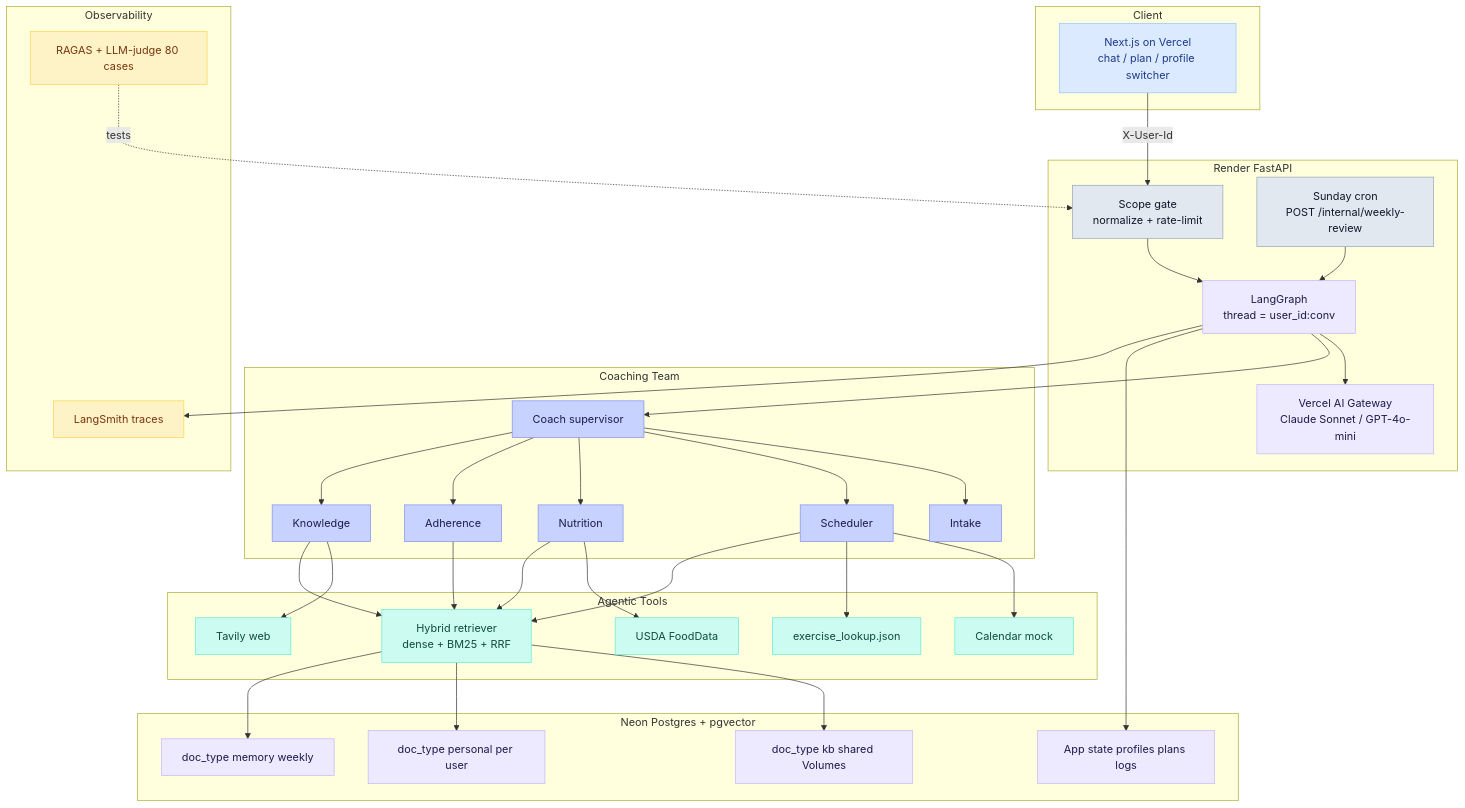
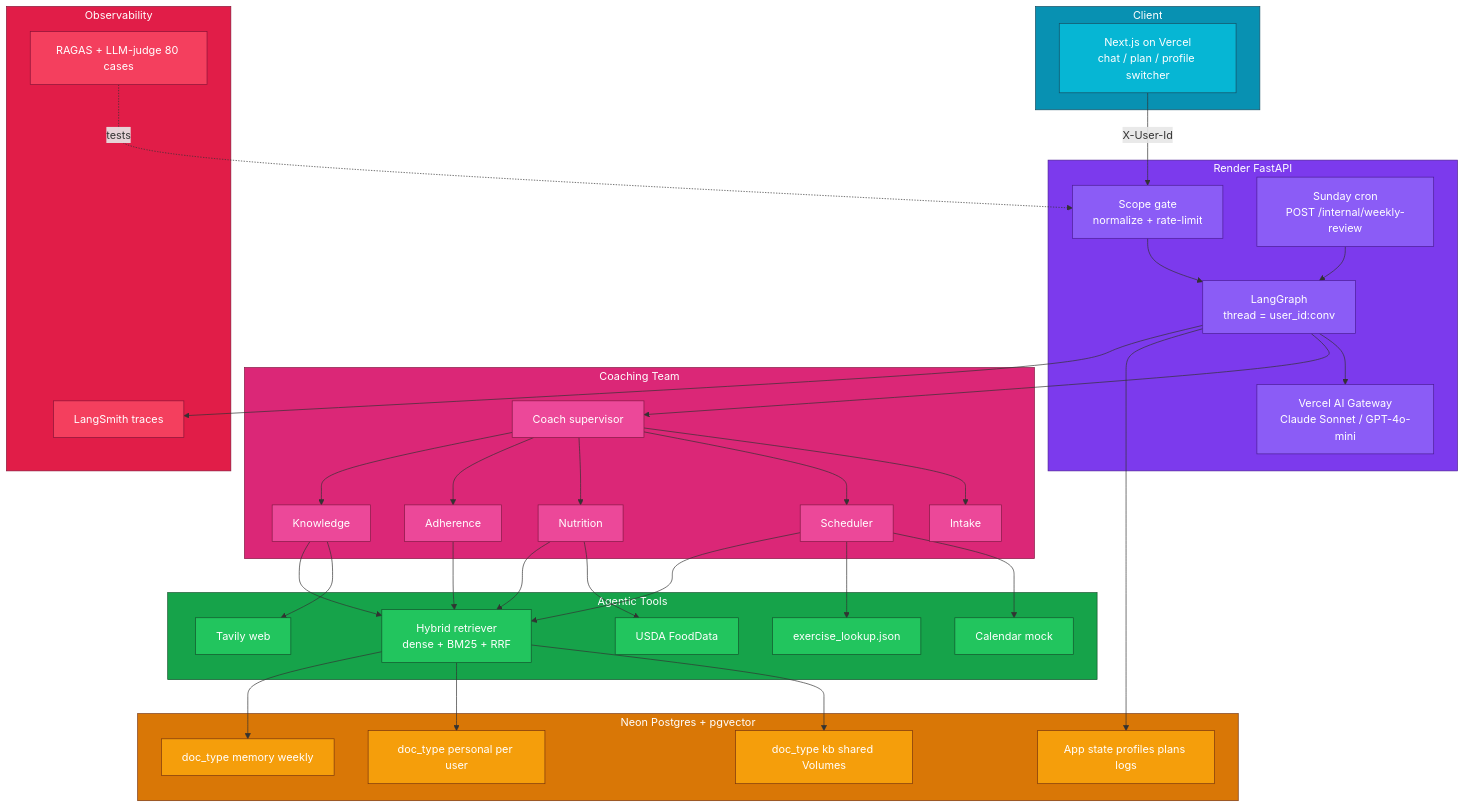
One commit to saurabhIU/SteadyFit changed the first of 2 diagrams in README.md. Above: the diagram before and after it, drawn with Mermaid. The commit also changed 1 other file, not shown here.

Commit message:
docs: fully saturate architecture mermaid nodes for high contrast

````diff
--- a/README.md
+++ b/README.md
@@ -113,26 +113,33 @@
     LG --> LS
     EV -.->|tests| GATE
 
-    style UI fill:#dbeafe,stroke:#93c5fd,color:#1e3a8a
-    style GATE fill:#e2e8f0,stroke:#94a3b8,color:#0f172a
-    style LG fill:#ede9fe,stroke:#c4b5fd,color:#1e1b4b
-    style GW fill:#ede9fe,stroke:#c4b5fd,color:#1e1b4b
-    style CRON fill:#e2e8f0,stroke:#94a3b8,color:#0f172a
-    style COACH fill:#c7d2fe,stroke:#818cf8,color:#1e1b4b
-    style INT fill:#c7d2fe,stroke:#818cf8,color:#1e1b4b
-    style SCH fill:#c7d2fe,stroke:#818cf8,color:#1e1b4b
-    style NUT fill:#c7d2fe,stroke:#818cf8,color:#1e1b4b
-    style ADH fill:#c7d2fe,stroke:#818cf8,color:#1e1b4b
-    style KNOW fill:#c7d2fe,stroke:#818cf8,color:#1e1b4b
-    style T1 fill:#ccfbf1,stroke:#5eead4,color:#0f4c3a
-    style T2 fill:#ccfbf1,stroke:#5eead4,color:#0f4c3a
-    style T3 fill:#ccfbf1,stroke:#5eead4,color:#0f4c3a
-    style T4 fill:#ccfbf1,stroke:#5eead4,color:#0f4c3a
-    style T5 fill:#ccfbf1,stroke:#5eead4,color:#0f4c3a
-    style KB fill:#ede9fe,stroke:#c4b5fd,color:#1e1b4b
-    style PERS fill:#ede9fe,stroke:#c4b5fd,color:#1e1b4b
-    style MEM fill:#ede9fe,stroke:#c4b5fd,color:#1e1b4b
-    style APP fill:#ede9fe,stroke:#c4b5fd,color:#1e1b4b
-    style LS fill:#fef3c7,stroke:#fcd34d,color:#78350f
-    style EV fill:#fef3c7,stroke:#fcd34d,color:#78350f
+    style CLIENT fill:#0891b2,stroke:#164e63,color:#fff
+    style BACKEND fill:#7c3aed,stroke:#4c1d95,color:#fff
+    style AGENTS fill:#db2777,stroke:#831843,color:#fff
+    style TOOLS fill:#16a34a,stroke:#14532d,color:#fff
+    style STORAGE fill:#d97706,stroke:#78350f,color:#fff
+    style OBS fill:#e11d48,stroke:#881337,color:#fff
+
+    style UI fill:#06b6d4,stroke:#164e63,color:#fff
+    style GATE fill:#8b5cf6,stroke:#4c1d95,color:#fff
+    style LG fill:#8b5cf6,stroke:#4c1d95,color:#fff
+    style GW fill:#8b5cf6,stroke:#4c1d95,color:#fff
+    style CRON fill:#8b5cf6,stroke:#4c1d95,color:#fff
+    style COACH fill:#ec4899,stroke:#831843,color:#fff
+    style INT fill:#ec4899,stroke:#831843,color:#fff
+    style SCH fill:#ec4899,stroke:#831843,color:#fff
+    style NUT fill:#ec4899,stroke:#831843,color:#fff
+    style ADH fill:#ec4899,stroke:#831843,color:#fff
+    style KNOW fill:#ec4899,stroke:#831843,color:#fff
+    style T1 fill:#22c55e,stroke:#14532d,color:#fff
+    style T2 fill:#22c55e,stroke:#14532d,color:#fff
+    style T3 fill:#22c55e,stroke:#14532d,color:#fff
+    style T4 fill:#22c55e,stroke:#14532d,color:#fff
+    style T5 fill:#22c55e,stroke:#14532d,color:#fff
+    style KB fill:#f59e0b,stroke:#78350f,color:#fff
+    style PERS fill:#f59e0b,stroke:#78350f,color:#fff
+    style MEM fill:#f59e0b,stroke:#78350f,color:#fff
+    style APP fill:#f59e0b,stroke:#78350f,color:#fff
+    style LS fill:#f43f5e,stroke:#881337,color:#fff
+    style EV fill:#f43f5e,stroke:#881337,color:#fff
 ```
````
